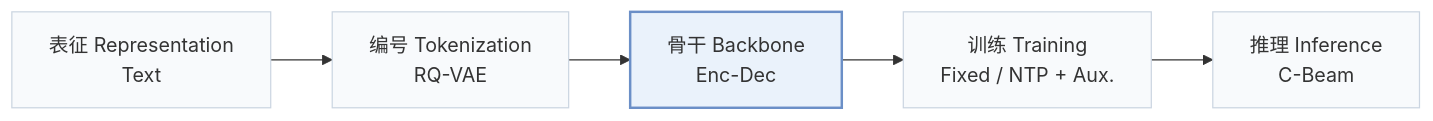
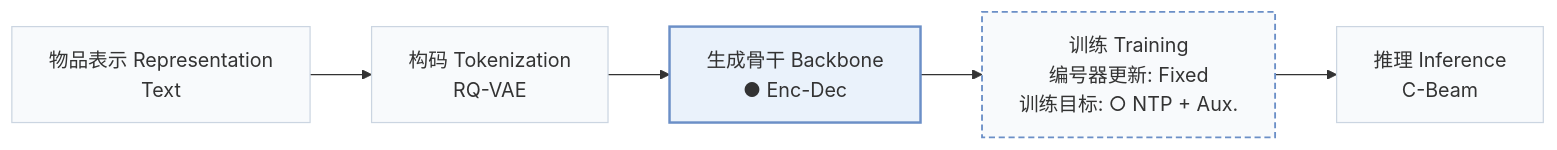
The first of 2 diagrams in pages/zh/papers/fedcgr.md (Galaxy-ghost/Awesome-SID-Generative-Rec), drawn with Mermaid before and after one commit. The commit also changed other lines of this file and 558 other files, not shown here.

````diff
--- a/pages/zh/papers/fedcgr.md
+++ b/pages/zh/papers/fedcgr.md
@@ -15,8 +19,10 @@
 ```mermaid
 flowchart LR
-    R["表征 Representation<br/>Text"] --> T["编号 Tokenization<br/>RQ-VAE"] --> B["骨干 Backbone<br/>Enc-Dec"] --> TR["训练 Training<br/>Fixed / NTP + Aux."] --> I["推理 Inference<br/>C-Beam"]
+    R["物品表示 Representation<br/>Text"] --> T["构码 Tokenization<br/>RQ-VAE"] --> B["生成骨干 Backbone<br/>● Enc-Dec"] --> TR["训练 Training<br/>编号器更新: Fixed<br/>训练目标: ○ NTP + Aux."] --> I["推理 Inference<br/>C-Beam"]
     classDef base fill:#f8fafc,stroke:#cbd5e1
     class R,T,B,TR,I base
+    classDef other fill:#f8fafc,stroke:#6b8fc7,stroke-width:1.5px,stroke-dasharray:5 3
+    class TR other
     classDef main fill:#eaf2fb,stroke:#6b8fc7,stroke-width:2px
     class B main
 ```
````
